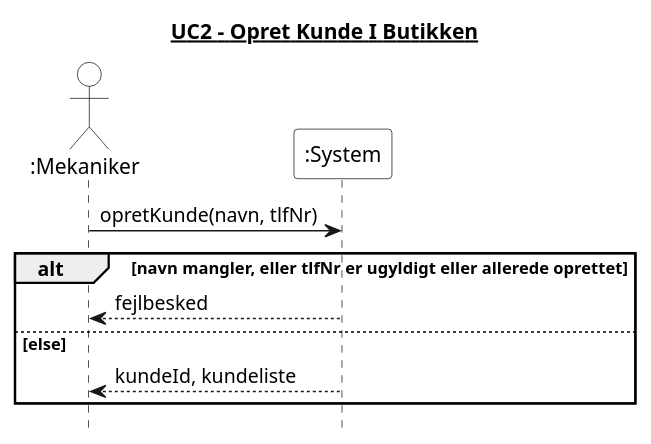
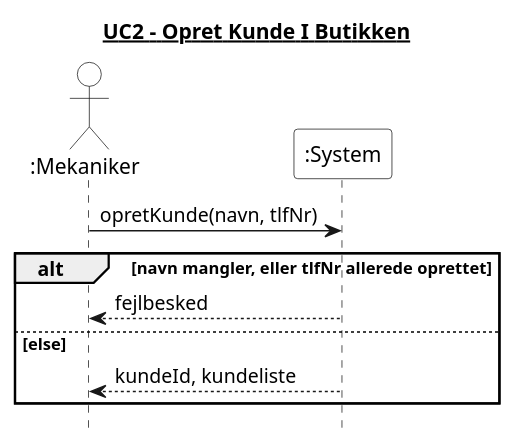
The diagram in 4. System Sekvens Diagram/UC2_opret_kunde.puml (Zoabz/Getting-Real), drawn with PlantUML before and after one commit. The commit also changed 9 other files, not shown here.

```diff
--- a/4. System Sekvens Diagram/UC2_opret_kunde.puml
+++ b/4. System Sekvens Diagram/UC2_opret_kunde.puml
@@ -1,25 +1,25 @@
 @startuml
 title <u>UC2 - Opret Kunde I Butikken</u>
 hide footbox
 skinparam monochrome true
 skinparam shadowing false
 skinparam backgroundColor white
 skinparam actor {
   BackgroundColor white
 }
 skinparam participant {
   BackgroundColor white
 }
 
 actor ":Mekaniker"
 participant ":System" as System
 
 ":Mekaniker" -> System : opretKunde(navn, tlfNr)
 
-alt navn mangler, eller tlfNr er ugyldigt eller allerede oprettet
+alt navn mangler, eller tlfNr allerede oprettet
   System --> ":Mekaniker" : fejlbesked
 else else
   System --> ":Mekaniker" : kundeId, kundeliste
 end
 
 @enduml
```
